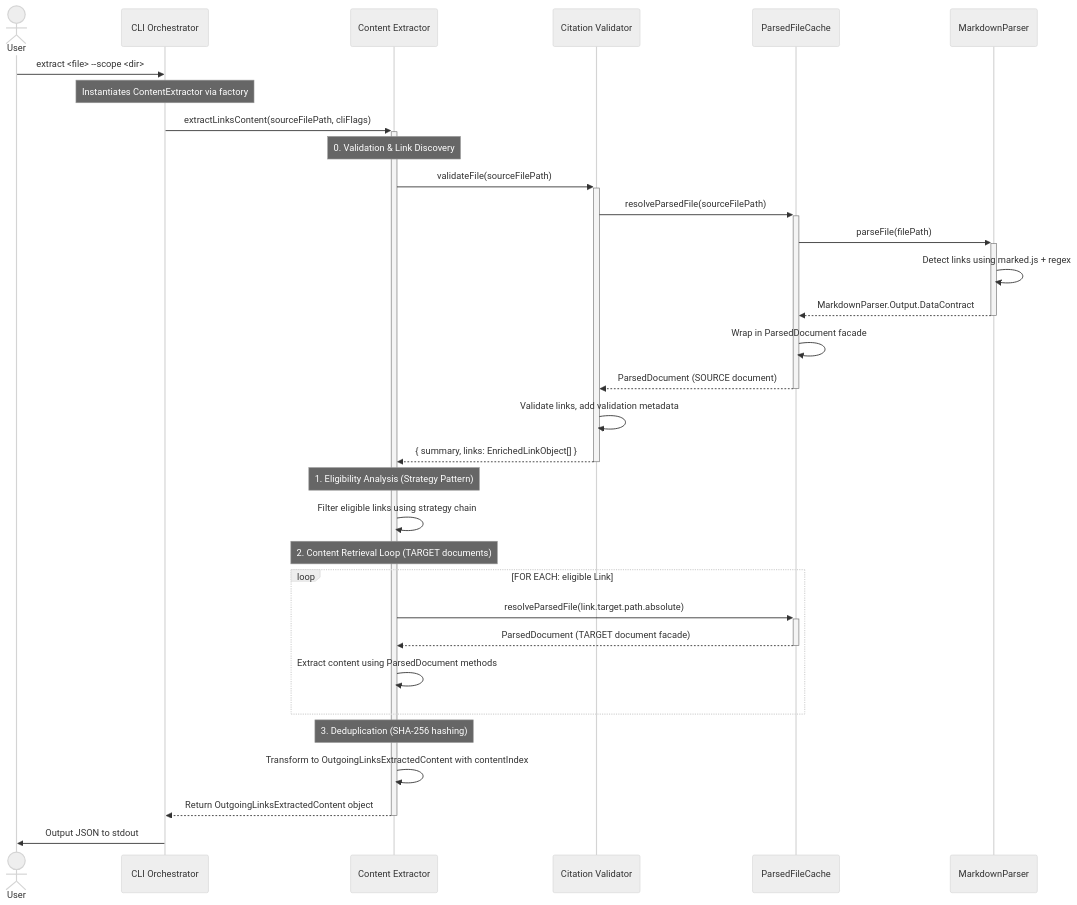
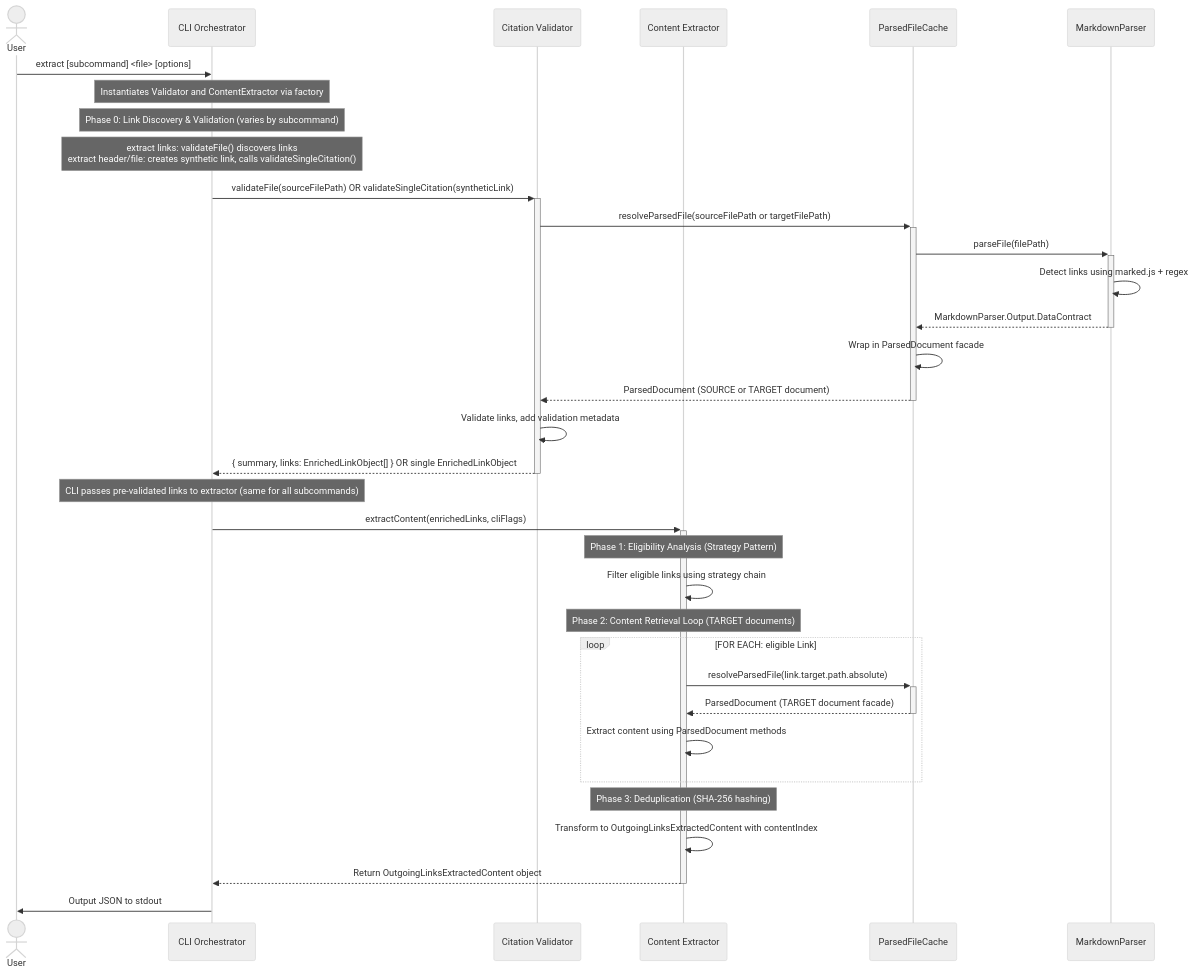
One commit to WesleyMFrederick/cc-workflows changed the first of 2 diagrams in tools/citation-manager/design-docs/component-guides/Content Extractor Implementation Guide.md. Above: the diagram before and after it, drawn with Mermaid (neutral theme). The commit also changed other lines of this file and 55 other files, not shown here.

````diff
--- a/tools/citation-manager/design-docs/component-guides/Content Extractor Implementation Guide.md
+++ b/tools/citation-manager/design-docs/component-guides/Content Extractor Implementation Guide.md
@@ -61,41 +63,43 @@
 ```mermaid
 sequenceDiagram
     actor User
     participant CLI as CLI Orchestrator
+    participant Validator as Citation Validator
     participant Extractor as Content Extractor
-    participant Validator as Citation Validator
     participant ParsedCache as ParsedFileCache
     participant Parser as MarkdownParser
 
-    User->>CLI: extract <file> --scope <dir>
-    note over CLI: Instantiates ContentExtractor via factory
+    User->>CLI: extract [subcommand] <file> [options]
+    note over CLI: Instantiates Validator and ContentExtractor via factory
 
-    CLI->>+Extractor: extractLinksContent(sourceFilePath, cliFlags)
-
-    note over Extractor: 0. Validation & Link Discovery
-    Extractor->>+Validator: validateFile(sourceFilePath)
-    Validator->>+ParsedCache: resolveParsedFile(sourceFilePath)
+    note over CLI: Phase 0: Link Discovery & Validation (varies by subcommand)
+    note over CLI: extract links: validateFile() discovers links<br/>extract header/file: creates synthetic link, calls validateSingleCitation()
+    CLI->>+Validator: validateFile(sourceFilePath) OR validateSingleCitation(syntheticLink)
+    Validator->>+ParsedCache: resolveParsedFile(sourceFilePath or targetFilePath)
     ParsedCache->>+Parser: parseFile(filePath)
     Parser->>Parser: Detect links using marked.js + regex
     Parser-->>-ParsedCache: MarkdownParser.Output.DataContract
     ParsedCache->>ParsedCache: Wrap in ParsedDocument facade
-    ParsedCache-->>-Validator: ParsedDocument (SOURCE document)
+    ParsedCache-->>-Validator: ParsedDocument (SOURCE or TARGET document)
     Validator->>Validator: Validate links, add validation metadata
-    Validator-->>-Extractor: { summary, links: EnrichedLinkObject[] }
+    Validator-->>-CLI: { summary, links: EnrichedLinkObject[] } OR single EnrichedLinkObject
 
-    note over Extractor: 1. Eligibility Analysis (Strategy Pattern)
+    note over CLI: CLI passes pre-validated links to extractor (same for all subcommands)
+    CLI->>+Extractor: extractContent(enrichedLinks, cliFlags)
+
+    note over Extractor: Phase 1: Eligibility Analysis (Strategy Pattern)
     Extractor->>Extractor: Filter eligible links using strategy chain
 
-    note over Extractor: 2. Content Retrieval Loop (TARGET documents)
+    note over Extractor: Phase 2: Content Retrieval Loop (TARGET documents)
     loop FOR EACH: eligible Link
         Extractor->>+ParsedCache: resolveParsedFile(link.target.path.absolute)
         ParsedCache-->>-Extractor: ParsedDocument (TARGET document facade)
         Extractor->>Extractor: Extract content using ParsedDocument methods
     end
 
-    note over Extractor: 3. Deduplication (SHA-256 hashing)
+    note over Extractor: Phase 3: Deduplication (SHA-256 hashing)
     Extractor->>Extractor: Transform to OutgoingLinksExtractedContent with contentIndex
 
     Extractor-->>-CLI: Return OutgoingLinksExtractedContent object
     CLI->>User: Output JSON to stdout
 ```
````
